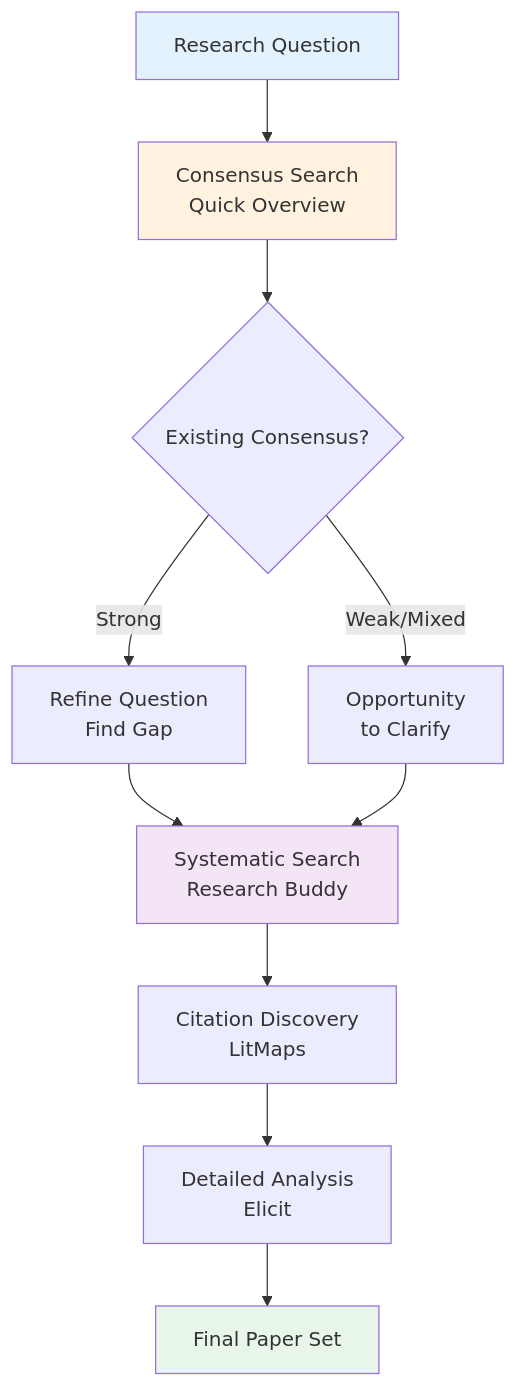
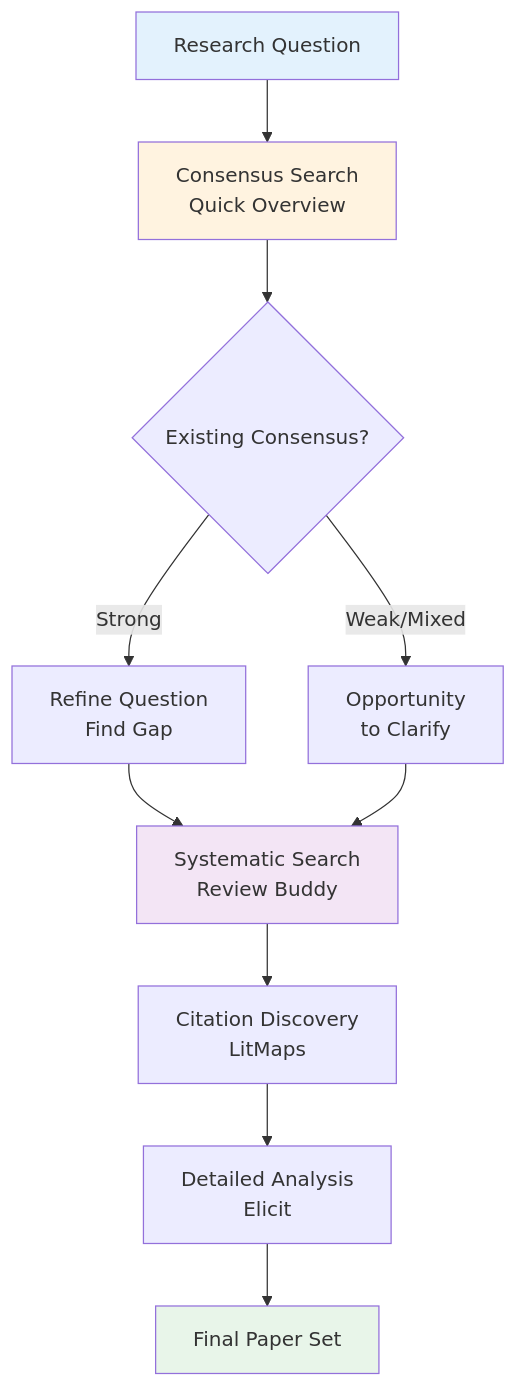
The diagram in book/additional_tools/3_Consensus.md (leonardozaggia/automated_systematic_literature_search), drawn with Mermaid before and after one commit. The commit also changed other lines of this file and 11 other files, not shown here.

Commit message:
corrected tool name: review_buddy

````diff
--- a/book/additional_tools/3_Consensus.md
+++ b/book/additional_tools/3_Consensus.md
@@ -357,17 +357,17 @@
 ```{mermaid}
 graph TD
     A[Research Question] --> B["Consensus Search<br>Quick Overview"]
     B --> C{Existing Consensus?}
     C -->|Strong| D["Refine Question<br>Find Gap"]
     C -->|Weak/Mixed| E["Opportunity<br>to Clarify"]
-    D --> F["Systematic Search<br>Research Buddy"]
+    D --> F["Systematic Search<br>Review Buddy"]
     E --> F
     F --> G["Citation Discovery<br>LitMaps"]
     G --> H["Detailed Analysis<br>Elicit"]
     H --> I[Final Paper Set]
     
     style A fill:#e3f2fd
     style B fill:#fff3e0
     style F fill:#f3e5f5
     style I fill:#e8f5e9
 ```
````
